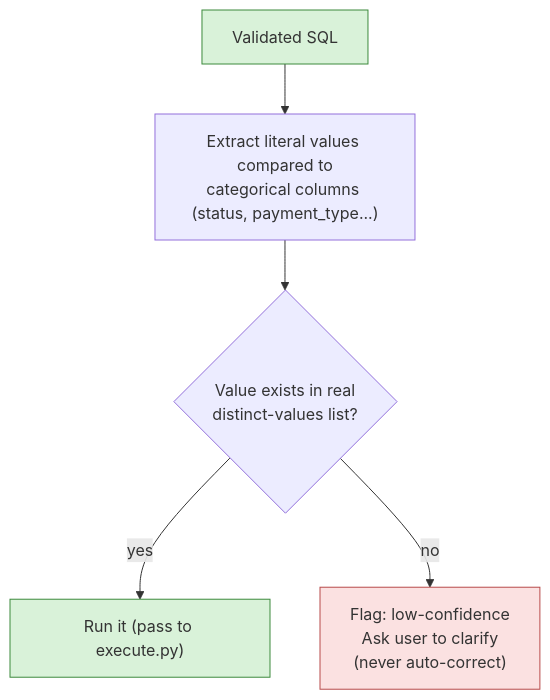
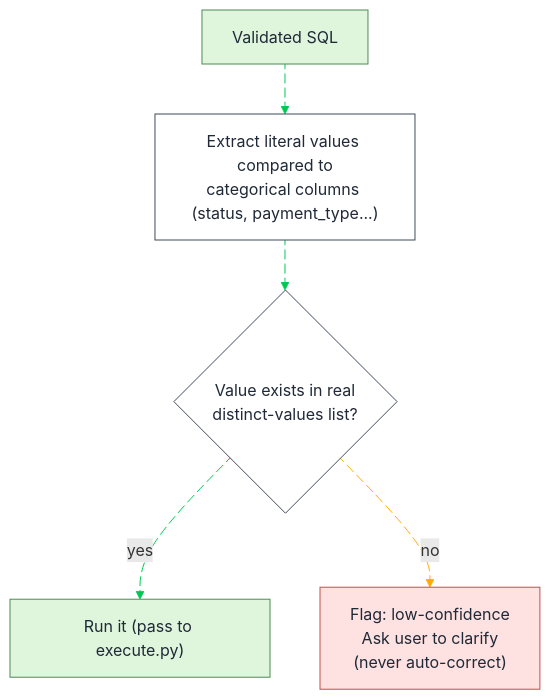
One commit to Yuvrajtakk/logistics_chatbot changed the sixth of 10 diagrams in Flowcharts_Mermaid_Source.md. Above: the diagram before and after it, drawn with Mermaid. The commit also changed other lines of this file and 2 other files, not shown here.

````diff
--- a/Flowcharts_Mermaid_Source.md
+++ b/Flowcharts_Mermaid_Source.md
@@ -104,15 +189,27 @@
 ```mermaid
 flowchart TD
     In["Validated SQL"]:::good
     Ex["Extract literal values compared to<br/>categorical columns (status, payment_type...)"]
     Chk{"Value exists in real<br/>distinct-values list?"}
     Ok["Run it (pass to execute.py)"]:::good
     Flag["Flag: low-confidence<br/>Ask user to clarify<br/>(never auto-correct)"]:::bad
 
-    In --> Ex --> Chk
-    Chk -->|yes| Ok
-    Chk -->|no| Flag
+    In L_In_Ex_0@--> Ex
+    Ex L_Ex_Chk_0@--> Chk
+    Chk L_Chk_Ok_0@-->|yes| Ok
+    Chk L_Chk_Flag_0@-->|no| Flag
 
-    classDef good fill:#D9F2D9,stroke:#3C8A3C
-    classDef bad fill:#FBE1E1,stroke:#B84A4A
+    classDef default fill:#FFFFFF,stroke:#3F4A5A,color:#1F2937
+    classDef good fill:#DFF6DD,stroke:#4F8A57,color:#1F2937
+    classDef bad fill:#FDE2E1,stroke:#C84C4C,color:#1F2937
+
+    linkStyle 0 stroke:#00C853,fill:none
+    linkStyle 1 stroke:#00C853,fill:none
+    linkStyle 2 stroke:#00C853,fill:none
+    linkStyle 3 stroke:#FFAB00,fill:none
+
+    L_In_Ex_0@{ animation: slow }
+    L_Ex_Chk_0@{ animation: slow }
+    L_Chk_Ok_0@{ animation: slow }
+    L_Chk_Flag_0@{ animation: slow }
 ```
````
